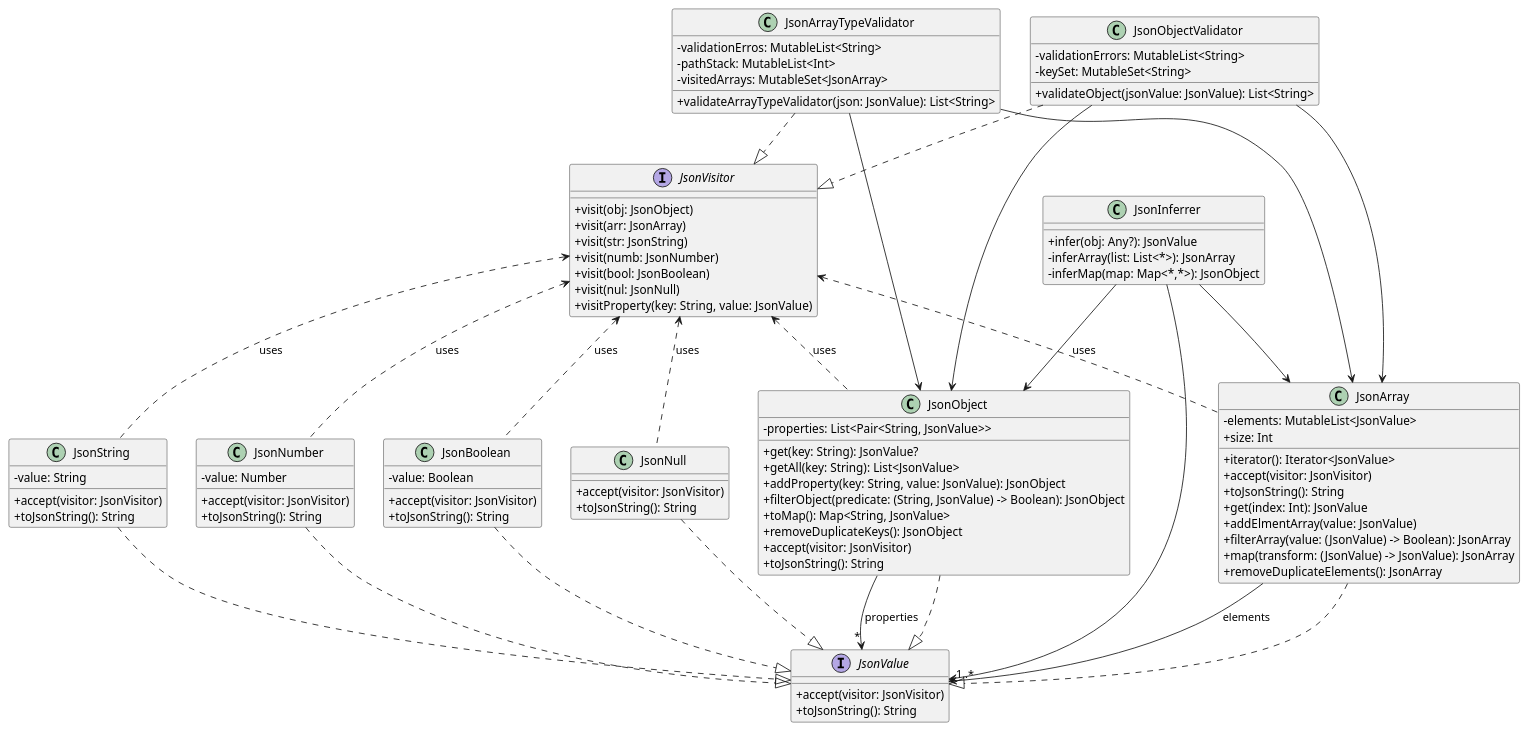
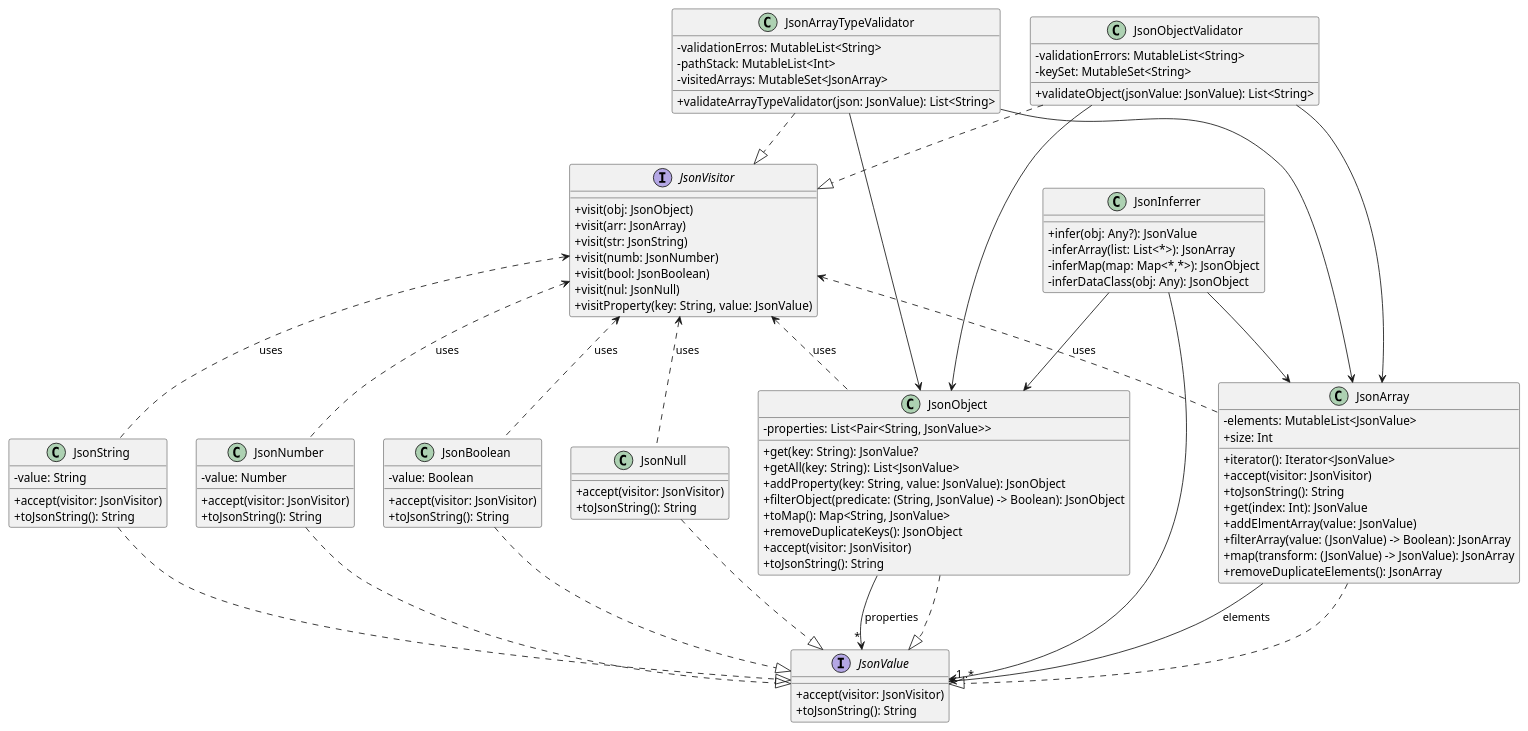
Before and after one commit to JNSD123/fromJson: the diagram in diagram.puml, drawn with PlantUML.

Commit message:
Merge remote-tracking branch 'origin/master' atualização do readme

```diff
--- a/diagram.puml
+++ b/diagram.puml
@@ -1,117 +1,118 @@
 @startuml
 skinparam classAttributeIconSize 0
 
 interface JsonValue {
     +accept(visitor: JsonVisitor)
     +toJsonString(): String
 }
 
 class JsonArray {
     - elements: MutableList<JsonValue>
     +iterator(): Iterator<JsonValue>
     +accept(visitor: JsonVisitor)
     +toJsonString(): String
     +get(index: Int): JsonValue
     +addElmentArray(value: JsonValue)
     +size: Int
     +filterArray(value: (JsonValue) -> Boolean): JsonArray
     +map(transform: (JsonValue) -> JsonValue): JsonArray
     +removeDuplicateElements(): JsonArray
 }
 
 class JsonObject {
     - properties: List<Pair<String, JsonValue>>
     +get(key: String): JsonValue?
     +getAll(key: String): List<JsonValue>
     +addProperty(key: String, value: JsonValue): JsonObject
     +filterObject(predicate: (String, JsonValue) -> Boolean): JsonObject
     +toMap(): Map<String, JsonValue>
     +removeDuplicateKeys(): JsonObject
     +accept(visitor: JsonVisitor)
     +toJsonString(): String
 }
 
 class JsonString {
     - value: String
     +accept(visitor: JsonVisitor)
     +toJsonString(): String
 }
 
 class JsonNumber{
     - value: Number
     + accept(visitor: JsonVisitor)
     + toJsonString(): String
 }
 class JsonBoolean{
     - value: Boolean
     + accept(visitor: JsonVisitor)
     + toJsonString(): String
 }
 class JsonNull{
     + accept(visitor: JsonVisitor)
     + toJsonString(): String
 }
 
 interface JsonVisitor {
     + visit(obj: JsonObject)
     + visit(arr: JsonArray)
     + visit(str: JsonString)
     + visit(numb: JsonNumber)
     + visit(bool: JsonBoolean)
     + visit(nul: JsonNull)
     + visitProperty(key: String, value: JsonValue)
 }
 
 class JsonInferrer {
     + infer(obj: Any?): JsonValue
     - inferArray(list: List<*>): JsonArray
     - inferMap(map: Map<*,*>): JsonObject
+    - inferDataClass(obj: Any): JsonObject
 }
 
 class JsonArrayTypeValidator {
     - validationErros: MutableList<String>
     - pathStack: MutableList<Int>
     - visitedArrays: MutableSet<JsonArray>
     + validateArrayTypeValidator(json: JsonValue): List<String>
 }
 
 class JsonObjectValidator {
     - validationErrors: MutableList<String>
     - keySet: MutableSet<String>
     + validateObject(jsonValue: JsonValue): List<String>
 }
 
 
 
 ' Relações
 JsonArray ..|> JsonValue
 JsonObject ..|> JsonValue
 JsonString ..|> JsonValue
 JsonNumber ..|> JsonValue
 JsonBoolean ..|> JsonValue
 JsonNull ..|> JsonValue
 
 JsonArray --> "1..*" JsonValue : elements
 JsonObject --> "*" JsonValue : properties
 JsonVisitor <.. JsonArray : uses
 JsonVisitor <.. JsonObject : uses
 JsonVisitor <.. JsonString : uses
 JsonVisitor <.. JsonNumber : uses
 JsonVisitor <.. JsonBoolean : uses
 JsonVisitor <.. JsonNull : uses
 
 
 
 JsonArrayTypeValidator ..|> JsonVisitor
 JsonObjectValidator ..|> JsonVisitor
 
 JsonArrayTypeValidator --> JsonArray
 JsonArrayTypeValidator --> JsonObject
 JsonObjectValidator --> JsonObject
 JsonObjectValidator --> JsonArray
 
 JsonInferrer --> JsonObject
 JsonInferrer --> JsonArray
 JsonInferrer --> JsonValue
 
 @enduml
```
